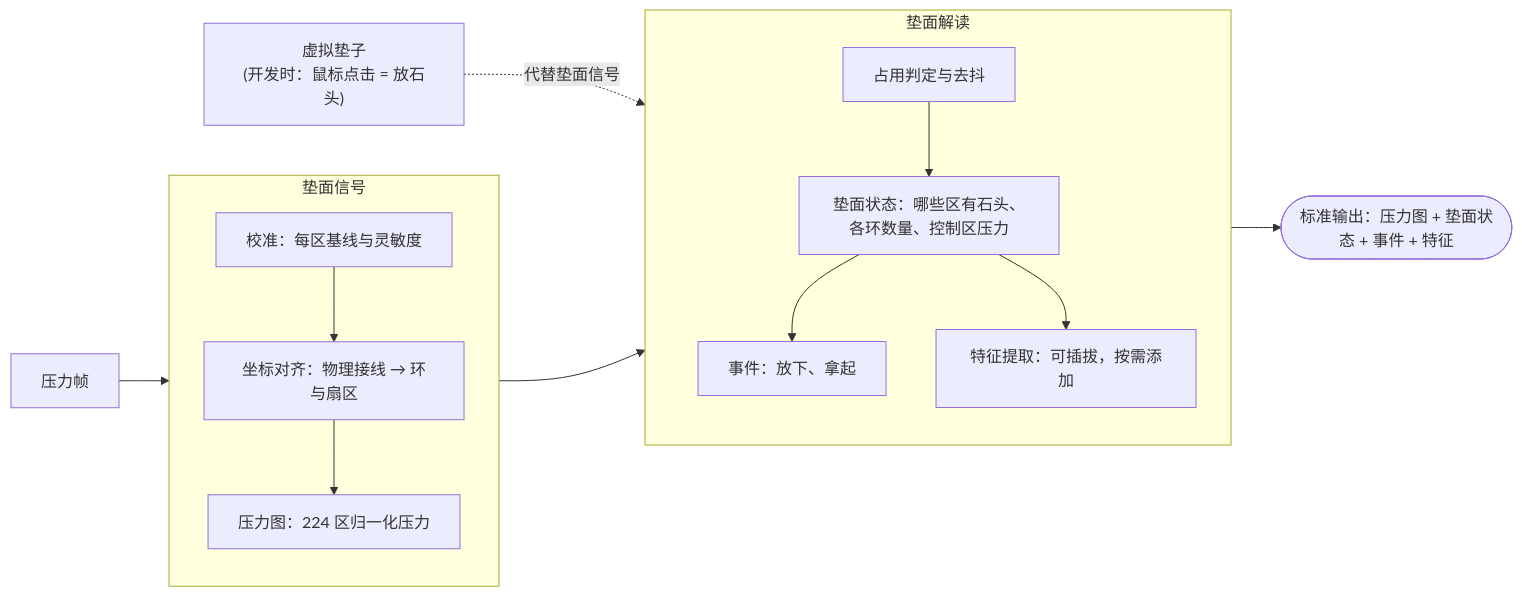
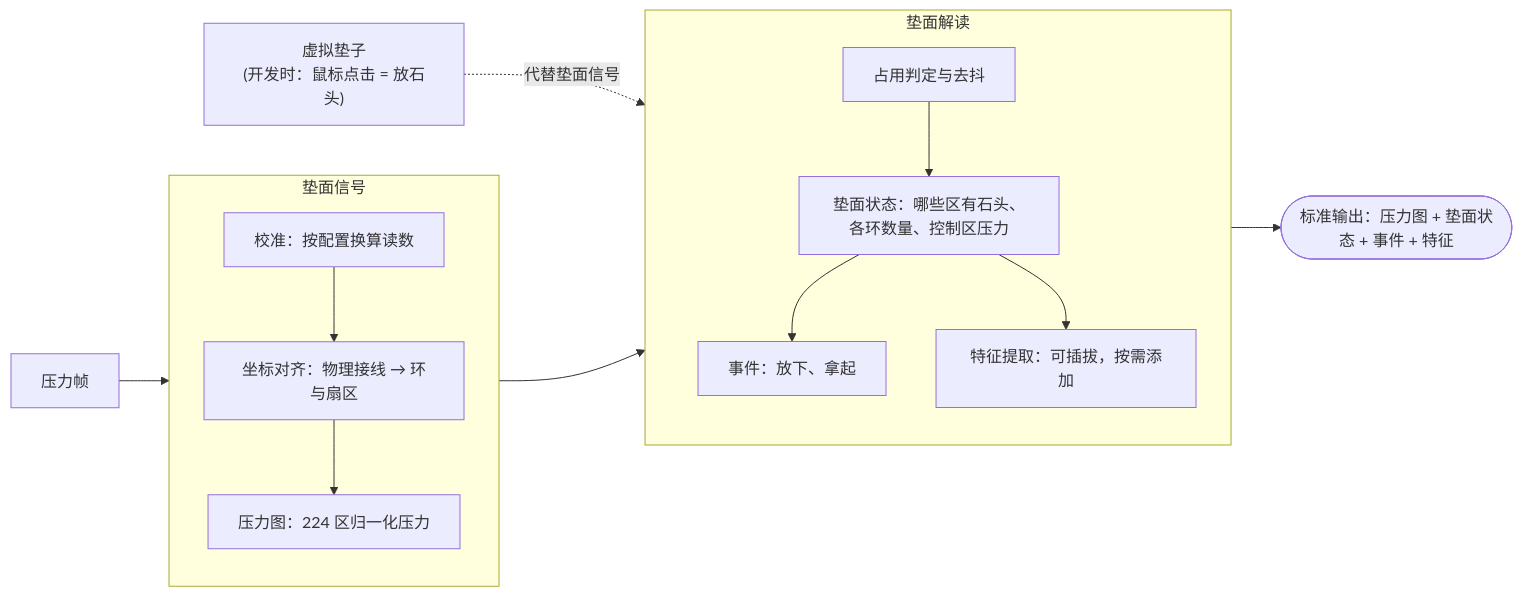
Before and after one commit to mukimasta/soundmat: the third of 8 diagrams in docs/ARCHITECTURE.md, drawn with Mermaid. The commit also changed other lines of this file and 18 other files, not shown here.

````diff
--- a/docs/ARCHITECTURE.md
+++ b/docs/ARCHITECTURE.md
@@ -86,22 +86,22 @@
 ```mermaid
 flowchart LR
     Frame["压力帧"] --> Signal
     VirtualMat["虚拟垫子<br/>(开发时：鼠标点击 = 放石头)"] -.->|代替垫面信号| Interpret
 
     subgraph Signal["垫面信号"]
         direction TB
-        Calib["校准：每区基线与灵敏度"] --> Align["坐标对齐：物理接线 → 环与扇区"]
+        Calib["校准：按配置换算读数"] --> Align["坐标对齐：物理接线 → 环与扇区"]
         Align --> Pressure["压力图：224 区归一化压力"]
     end
 
     Signal --> Interpret
 
     subgraph Interpret["垫面解读"]
         direction TB
         Occupancy["占用判定与去抖"] --> State["垫面状态：哪些区有石头、各环数量、控制区压力"]
         State --> Events["事件：放下、拿起"]
         State --> Features["特征提取：可插拔，按需添加"]
     end
 
     Interpret --> Out(["标准输出：压力图 + 垫面状态 + 事件 + 特征"])
 ```
````
